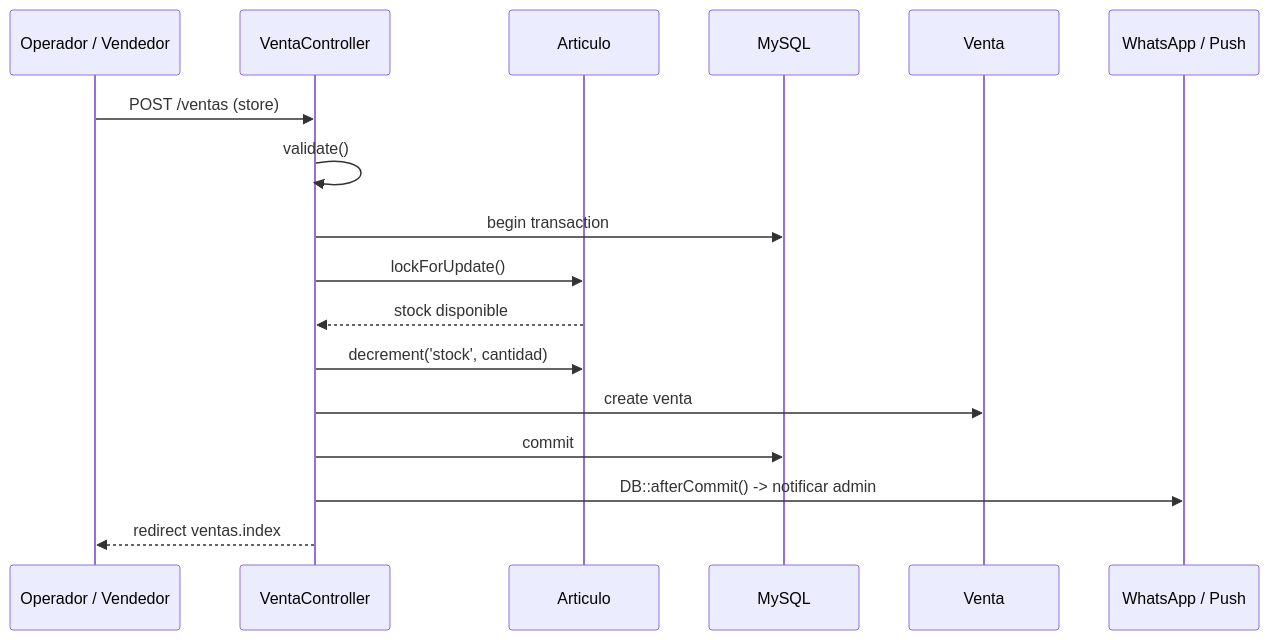
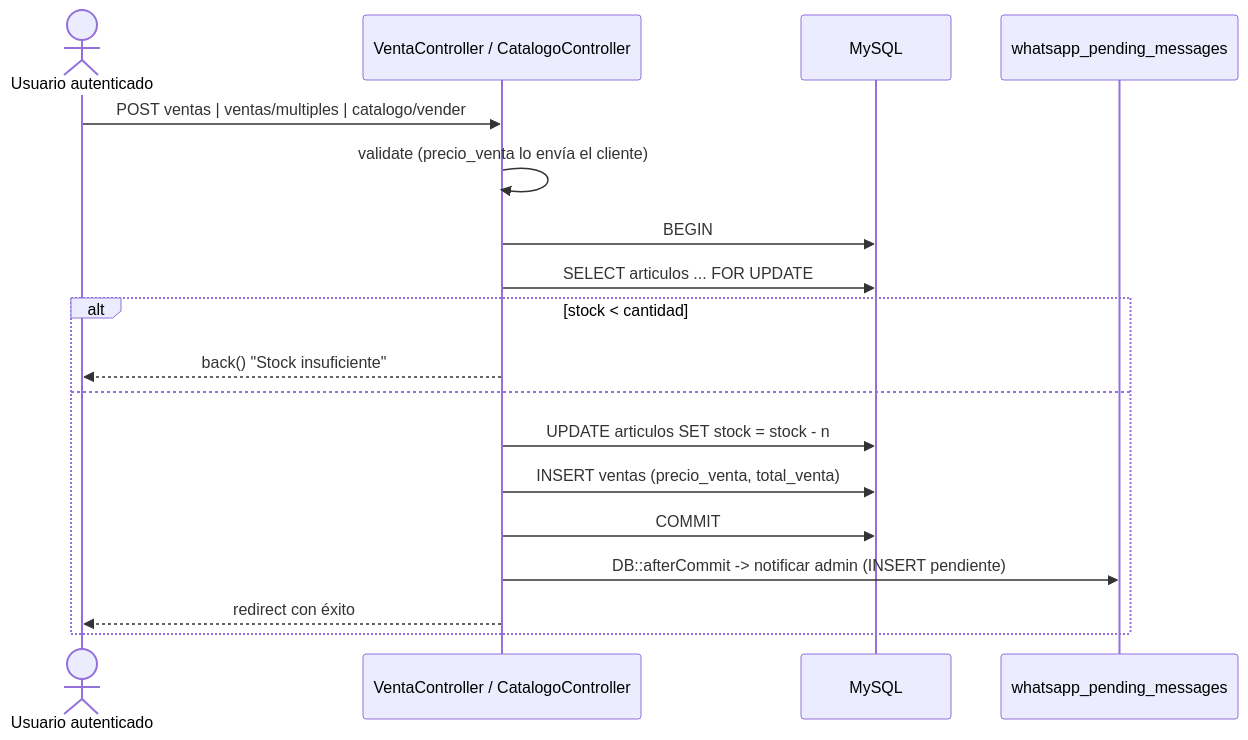
Before and after one commit to carlos112233/Capital_Gestor: the second of 5 diagrams in docs/onboarding/03-flujos-negocio.md, drawn with Mermaid. The commit also changed other lines of this file and 8 other files, not shown here.

````diff
--- a/docs/onboarding/03-flujos-negocio.md
+++ b/docs/onboarding/03-flujos-negocio.md
@@ -45,20 +58,20 @@
 ```mermaid
 sequenceDiagram
-    participant U as Operador / Vendedor
-    participant C as VentaController
-    participant A as Articulo
+    actor V as Usuario autenticado
+    participant VC as VentaController / CatalogoController
     participant DB as MySQL
-    participant V as Venta
-    participant N as WhatsApp / Push
-
-    U->>C: POST /ventas (store)
-    C->>C: validate()
-    C->>DB: begin transaction
-    C->>A: lockForUpdate()
-    A-->>C: stock disponible
-    C->>A: decrement('stock', cantidad)
-    C->>V: create venta
-    C->>DB: commit
-    C->>N: DB::afterCommit() -> notificar admin
-    C-->>U: redirect ventas.index
+    participant WA as whatsapp_pending_messages
+    V->>VC: POST ventas | ventas/multiples | catalogo/vender
+    VC->>VC: validate (precio_venta lo envía el cliente)
+    VC->>DB: BEGIN
+    VC->>DB: SELECT articulos ... FOR UPDATE
+    alt stock < cantidad
+        VC-->>V: back() "Stock insuficiente"
+    else
+        VC->>DB: UPDATE articulos SET stock = stock - n
+        VC->>DB: INSERT ventas (precio_venta, total_venta)
+        VC->>DB: COMMIT
+        VC->>WA: DB::afterCommit -> notificar admin (INSERT pendiente)
+        VC-->>V: redirect con éxito
+    end
 ```
````
